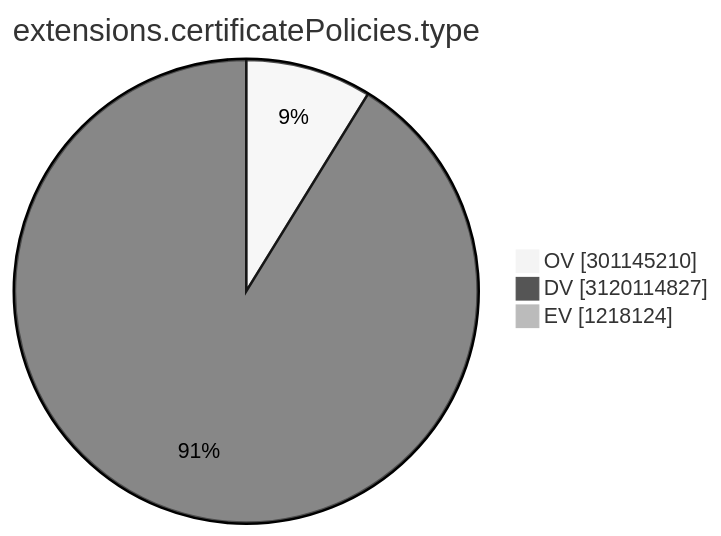
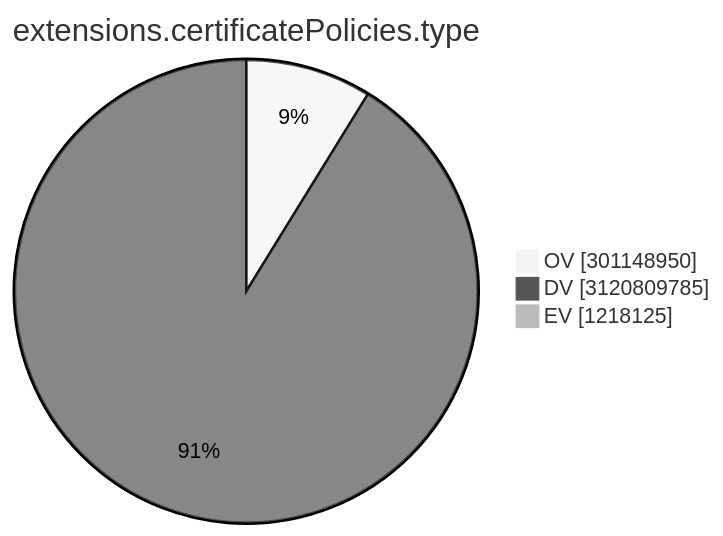
Before and after one commit to christiankrug/ctmonitor_visualization: the ninth of 15 diagrams in TOTAL/README.md, drawn with Mermaid (neutral theme). The commit also changed other lines of this file, not shown here.

````diff
--- a/TOTAL/README.md
+++ b/TOTAL/README.md
@@ -3104,7 +3104,7 @@
 ```mermaid
 pie showData
 title extensions.certificatePolicies.type
-"OV" :301145210
-"DV" :3120114827
-"EV" :1218124
+"OV" :301148950
+"DV" :3120809785
+"EV" :1218125
 ```
````
